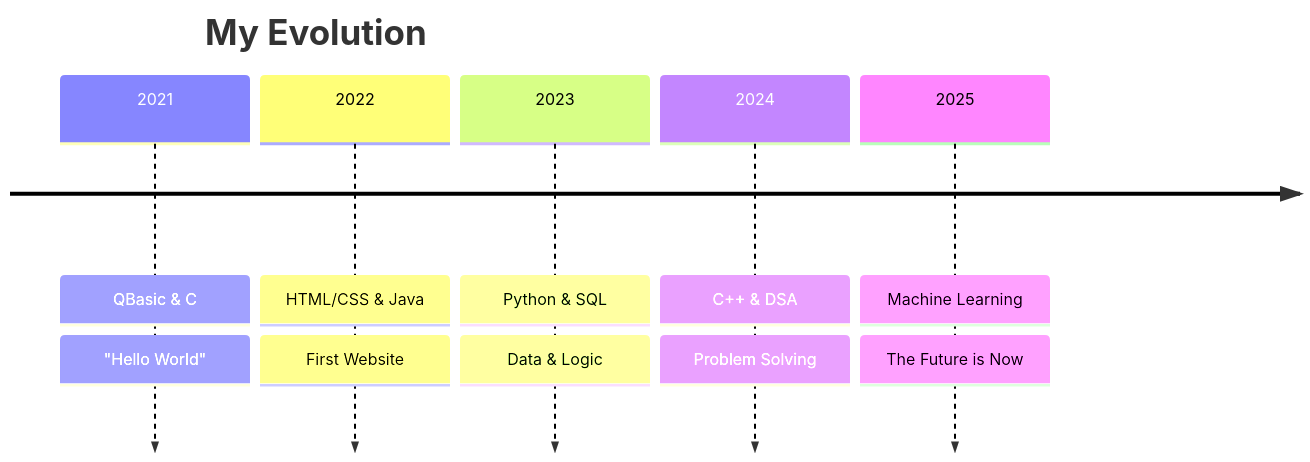
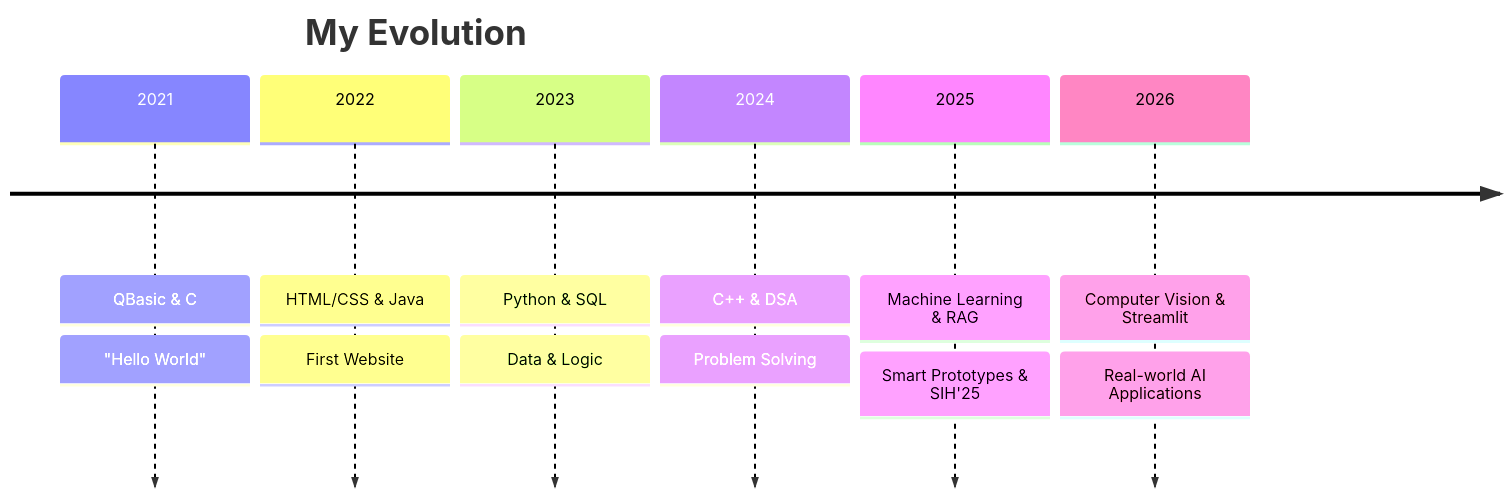
One commit to abhi-1408-shek/abhi-1408-shek changed the diagram in README.md. Above: the diagram before and after it, drawn with Mermaid. The commit also changed other lines of this file and 4 other files, not shown here.

````diff
--- a/README.md
+++ b/README.md
@@ -49,14 +49,16 @@
 ```mermaid
 timeline
     title My Evolution
     2021 : QBasic & C
          : "Hello World"
     2022 : HTML/CSS & Java
          : First Website
     2023 : Python & SQL
          : Data & Logic
     2024 : C++ & DSA
          : Problem Solving
-    2025 : Machine Learning
-         : The Future is Now
+    2025 : Machine Learning & RAG
+         : Smart Prototypes & SIH'25
+    2026 : Computer Vision & Streamlit
+         : Real-world AI Applications
 ```
````
